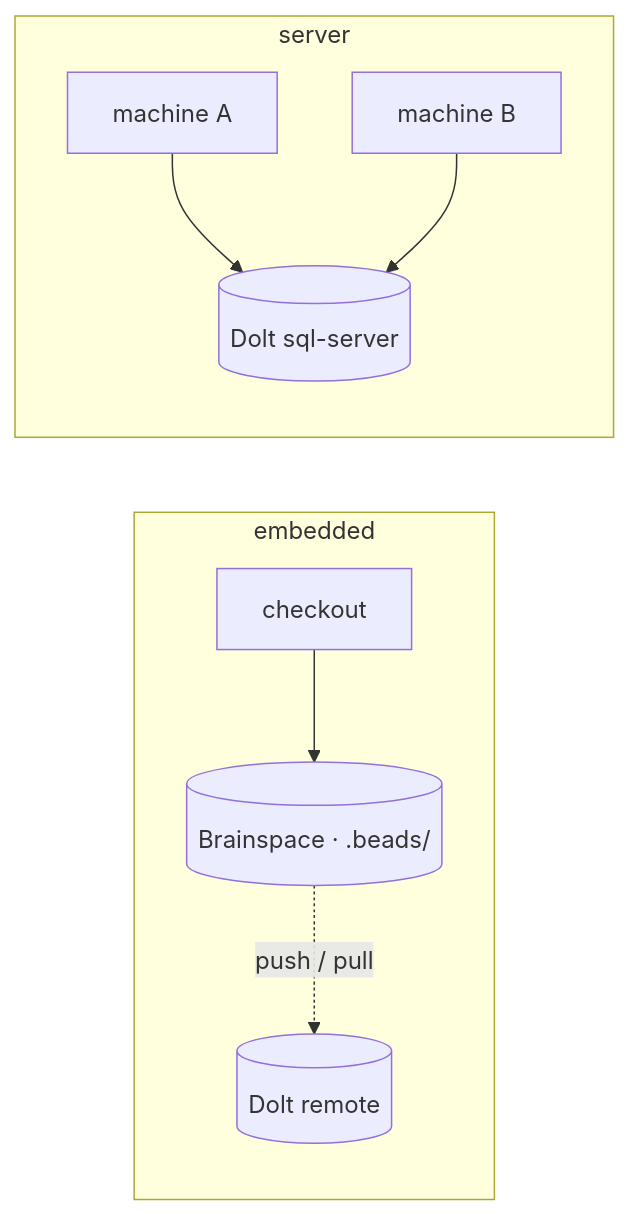
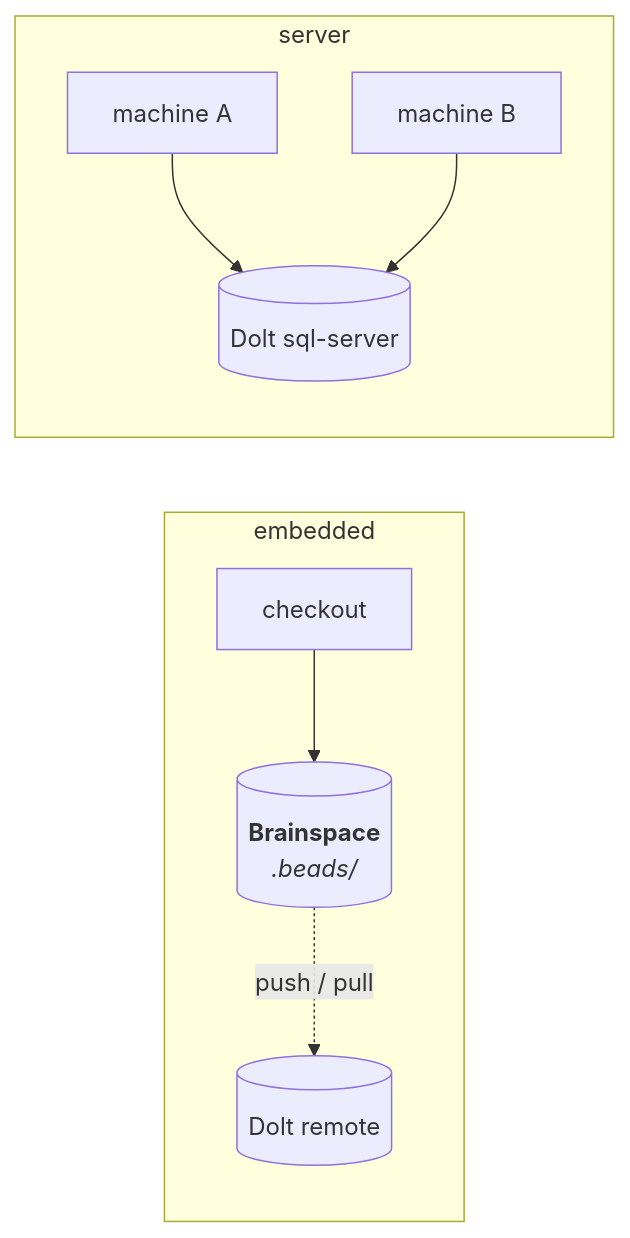
The first of 2 diagrams in docs/beads-backend.md (arminzou/dotbrain), drawn with Mermaid before and after one commit. The commit also changed other lines of this file and 19 other files, not shown here.

First line of the commit message:
docs(site): polish diagrams and record a shared Mermaid style

````diff
--- a/docs/beads-backend.md
+++ b/docs/beads-backend.md
@@ -16,11 +16,13 @@
 ```mermaid
 flowchart LR
+  accTitle: Embedded and server Beads modes
   subgraph emb["embedded"]
-    c1["checkout"] --> s1[("Brainspace · .beads/")]
+    c1["checkout"] --> s1[("`**Brainspace**
+  *.beads/*`")]
     s1 -. "push / pull" .-> r1[("Dolt remote")]
   end
   subgraph srv["server"]
     c2["machine A"] --> d[("Dolt sql-server")]
     c3["machine B"] --> d
   end
 ```
````
